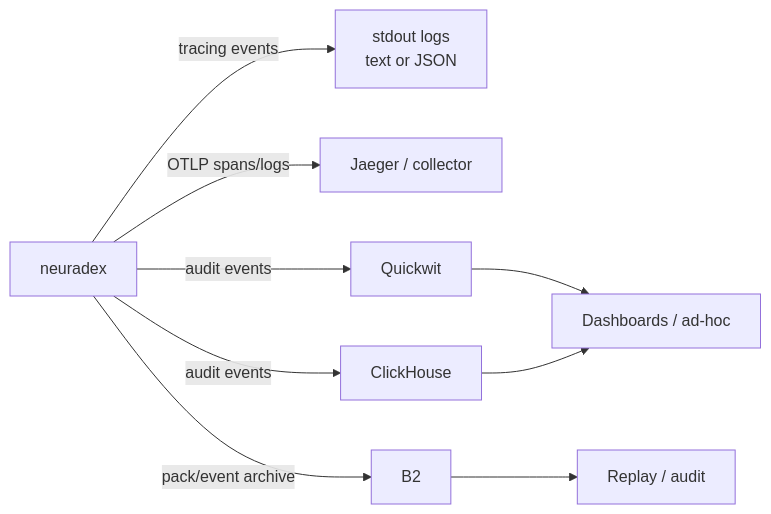
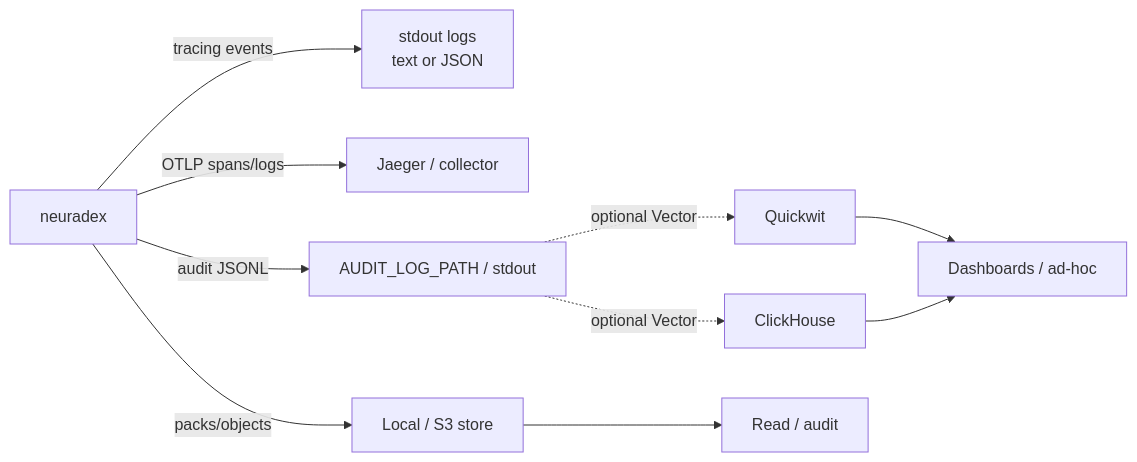
One commit to mkroman/neuradex changed the diagram in docs/operations/observability.md. Above: the diagram before and after it, drawn with Mermaid. The commit also changed other lines of this file and 22 other files, not shown here.

````diff
--- a/docs/operations/observability.md
+++ b/docs/operations/observability.md
@@ -9,11 +9,12 @@
 ```mermaid
 flowchart LR
     S["neuradex"] -->|tracing events| L["stdout logs<br/>text or JSON"]
     S -->|OTLP spans/logs| J["Jaeger / collector"]
-    S -->|audit events| Q["Quickwit"]
-    S -->|audit events| C["ClickHouse"]
-    S -->|pack/event archive| B["B2"]
+    S -->|audit JSONL| A["AUDIT_LOG_PATH / stdout"]
+    A -. optional Vector .-> Q["Quickwit"]
+    A -. optional Vector .-> C["ClickHouse"]
+    S -->|packs/objects| B["Local / S3 store"]
     Q --> D["Dashboards / ad-hoc"]
     C --> D
-    B --> R["Replay / audit"]
+    B --> R["Read / audit"]
 ```
````
